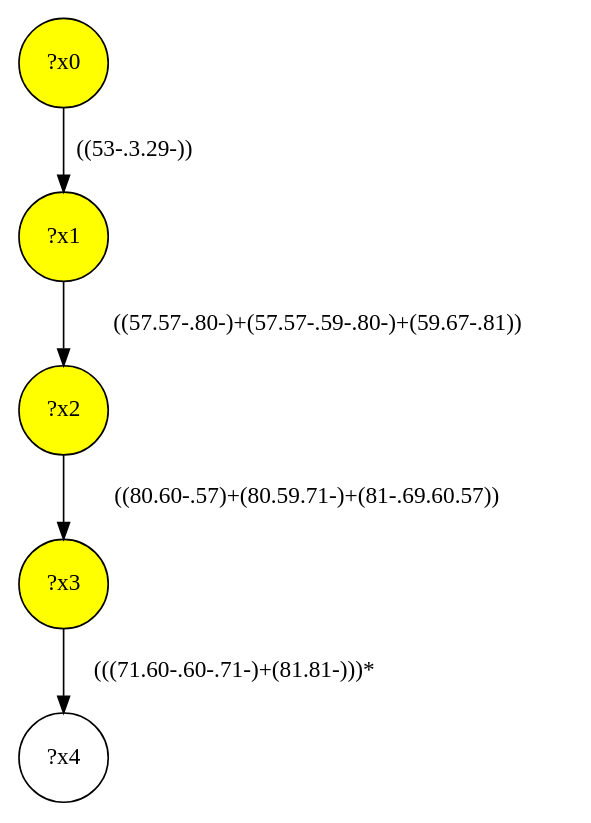
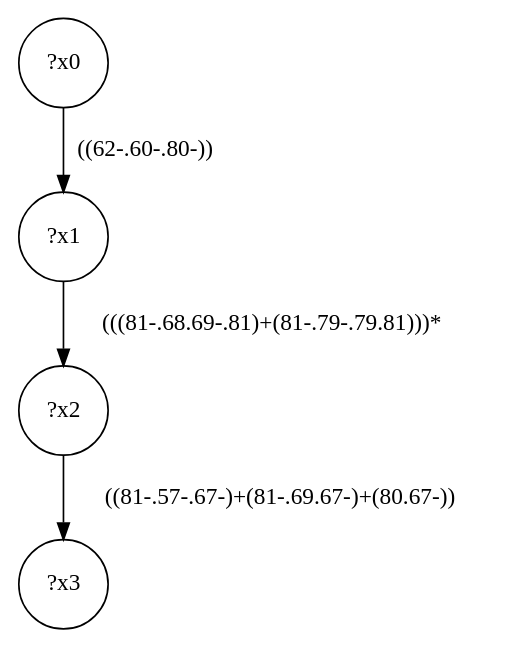
The diagram in lib/gmark/demo/shop/shop-interface/query-39.dot (MathieuGicquel/federated-benchmark), drawn with Graphviz before and after one commit. The commit also changed 354 other files, not shown here.

```diff
--- a/lib/gmark/demo/shop/shop-interface/query-39.dot
+++ b/lib/gmark/demo/shop/shop-interface/query-39.dot
@@ -1,11 +1,9 @@
 digraph g {
-	x2 [fillcolor="yellow", style="filled," shape=circle, label="?x2"];
-	x3 [fillcolor="yellow", style="filled," shape=circle, label="?x3"];
-	x0 [fillcolor="yellow", style="filled," shape=circle, label="?x0"];
-	x1 [fillcolor="yellow", style="filled," shape=circle, label="?x1"];
-	x0 -> x1 [label="((53-.3.29-))"];
-	x1 -> x2 [label="((57.57-.80-)+(57.57-.59-.80-)+(59.67-.81))"];
-	x2 -> x3 [label="((80.60-.57)+(80.59.71-)+(81-.69.60.57))"];
-	x4 [shape=circle, label="?x4"];
-	x3 -> x4 [label="(((71.60-.60-.71-)+(81.81-)))*"];
+	x0 [shape=circle, label="?x0"];
+	x1 [shape=circle, label="?x1"];
+	x0 -> x1 [label="((62-.60-.80-))"];
+	x2 [shape=circle, label="?x2"];
+	x1 -> x2 [label="(((81-.68.69-.81)+(81-.79-.79.81)))*"];
+	x3 [shape=circle, label="?x3"];
+	x2 -> x3 [label="((81-.57-.67-)+(81-.69.67-)+(80.67-))"];
 }
```
